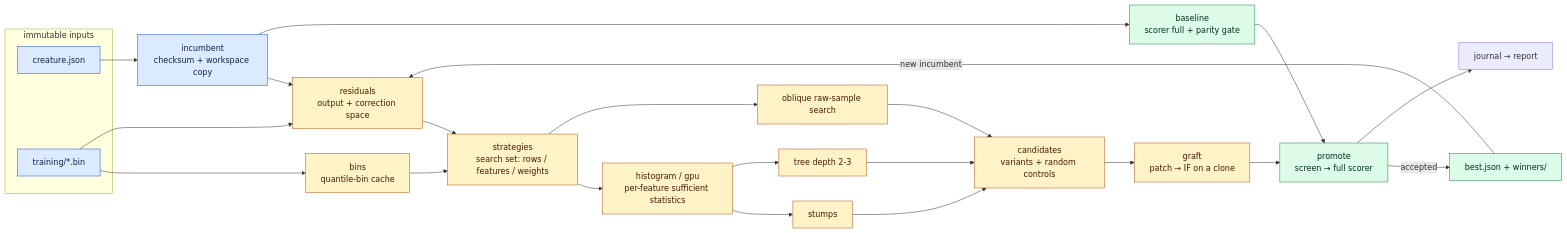
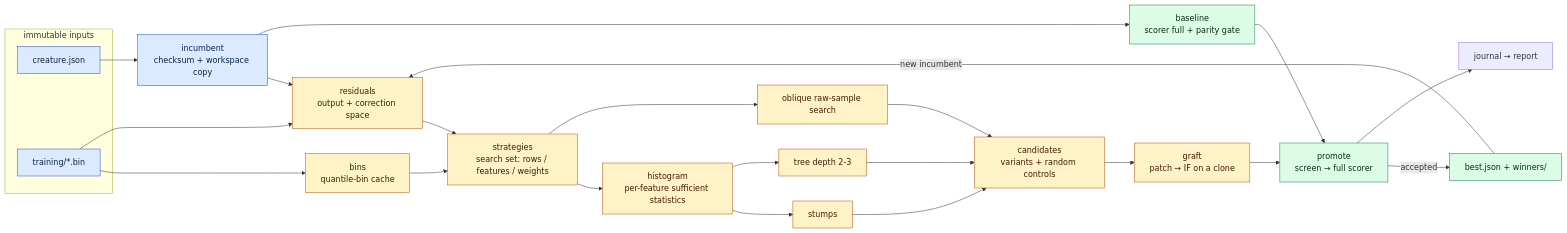
Before and after one commit to stSoftwareAU/NEAT-AI-Forests: the first of 2 diagrams in docs/architecture.md, drawn with Mermaid. The commit also changed other lines of this file and 15 other files, not shown here.

````diff
--- a/docs/architecture.md
+++ b/docs/architecture.md
@@ -7,34 +7,34 @@
 ```mermaid
 flowchart LR
     subgraph immutable["immutable inputs"]
         C[creature.json]
         T[training/*.bin]
     end
     C --> I[incumbent<br/>checksum + workspace copy]
     T --> K[bins<br/>quantile-bin cache]
     I --> R[residuals<br/>output + correction space]
     T --> R
     I --> B[baseline<br/>scorer full + parity gate]
     R --> S[strategies<br/>search set: rows / features / weights]
     K --> S
-    S --> H[histogram / gpu<br/>per-feature sufficient statistics]
+    S --> H[histogram<br/>per-feature sufficient statistics]
     H --> ST[stumps]
     H --> TR[tree depth 2-3]
     S --> OB[oblique raw-sample search]
     ST --> CA[candidates<br/>variants + random controls]
     TR --> CA
     OB --> CA
     CA --> G[graft<br/>patch → IF on a clone]
     G --> P[promote<br/>screen → full scorer]
     B --> P
     P -->|accepted| W[best.json + winners/]
     P --> J[journal → report]
     W -->|new incumbent| R
 
     classDef immutable fill:#dbeafe,stroke:#1d4ed8,color:#0b2545
     classDef search fill:#fef3c7,stroke:#b45309,color:#451a03
     classDef judge fill:#dcfce7,stroke:#15803d,color:#052e16
     class C,T,I immutable
     class K,R,S,H,ST,TR,OB,CA,G search
     class B,P,W judge
 ```
````
